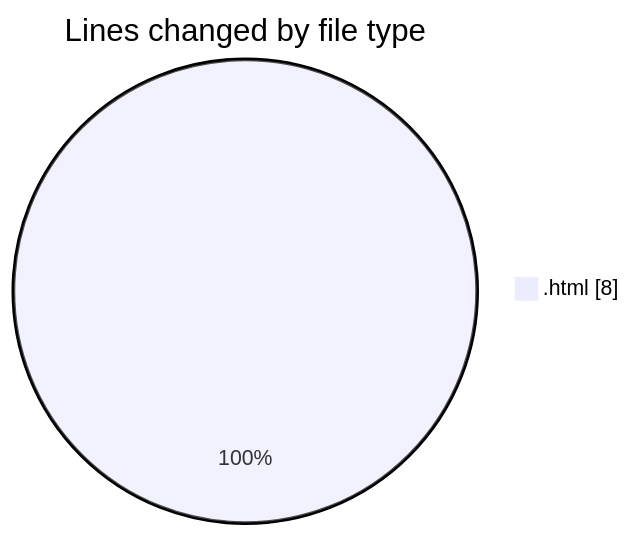
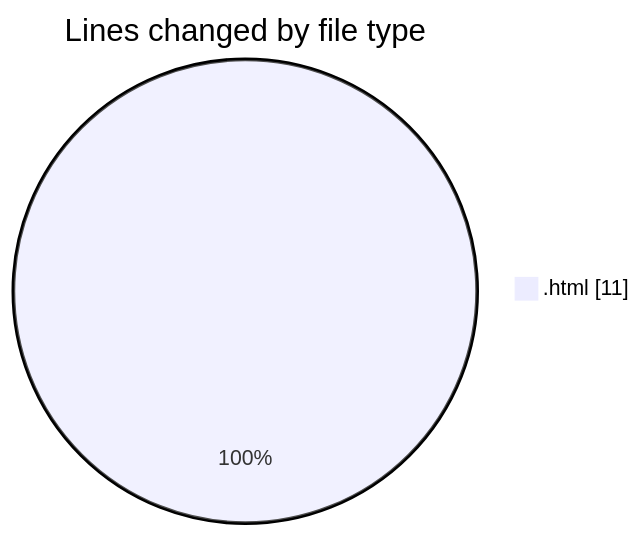
The first of 2 diagrams in 2025-04-29/enre_-_calculadora_de_consumo_v_2022_files/README.md (LanceThiago/code-tracking), drawn with Mermaid before and after one commit. The commit also changed other lines of this file and 1 other file, not shown here.

````diff
--- a/2025-04-29/enre_-_calculadora_de_consumo_v_2022_files/README.md
+++ b/2025-04-29/enre_-_calculadora_de_consumo_v_2022_files/README.md
@@ -20,5 +20,5 @@
 ```mermaid
 pie showData
 title Lines changed by file type
-".html" : 8
+".html" : 11
 ```
````
